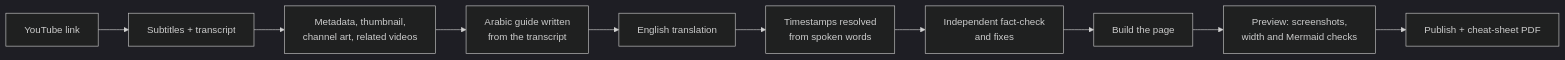
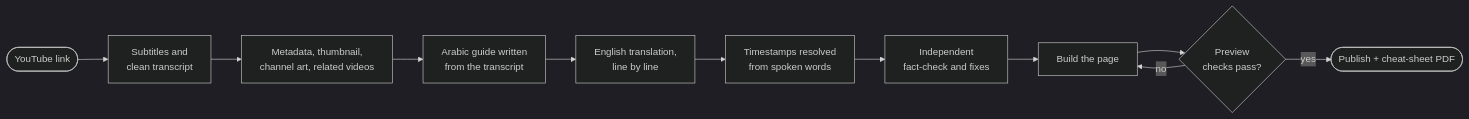
One commit to Shalaby-VBS/tube-scholar changed the diagram in README.md. Above: the diagram before and after it, drawn with Mermaid (dark theme). The commit also changed other lines of this file and 1 other file, not shown here.

Commit message:
docs(tube-scholar): redesigned README with banner, badges and visual reference

````diff
--- a/README.md
+++ b/README.md
@@ -88,12 +111,13 @@
 ```mermaid
 flowchart LR
-    A[YouTube link] --> B[Subtitles + transcript]
+    A([YouTube link]) --> B[Subtitles and<br/>clean transcript]
     B --> C[Metadata, thumbnail,<br/>channel art, related videos]
     C --> D[Arabic guide written<br/>from the transcript]
-    D --> E[English translation]
+    D --> E[English translation,<br/>line by line]
     E --> F[Timestamps resolved<br/>from spoken words]
-    F --> G[Independent fact-check<br/>and fixes]
+    F --> G[Independent<br/>fact-check and fixes]
     G --> H[Build the page]
-    H --> I[Preview: screenshots,<br/>width and Mermaid checks]
-    I --> J[Publish + cheat-sheet PDF]
+    H --> I{Preview<br/>checks pass?}
+    I -- no --> H
+    I -- yes --> J([Publish + cheat-sheet PDF])
 ```
````
